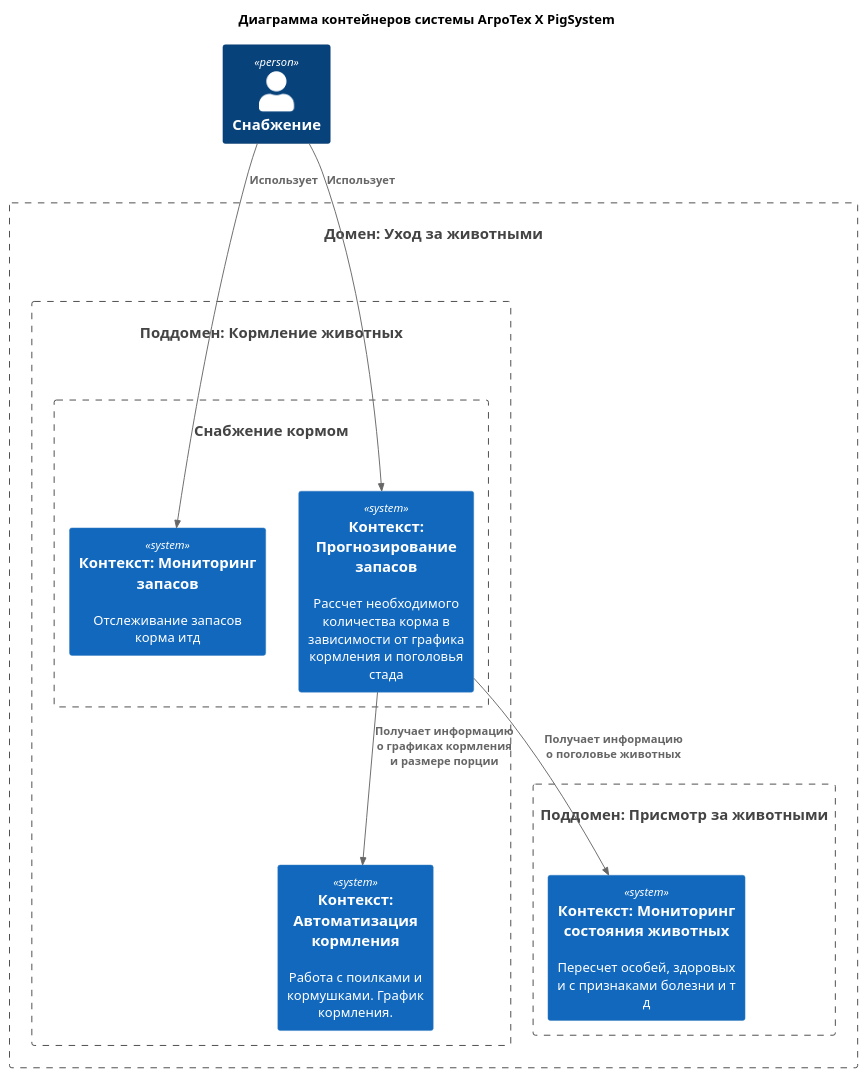
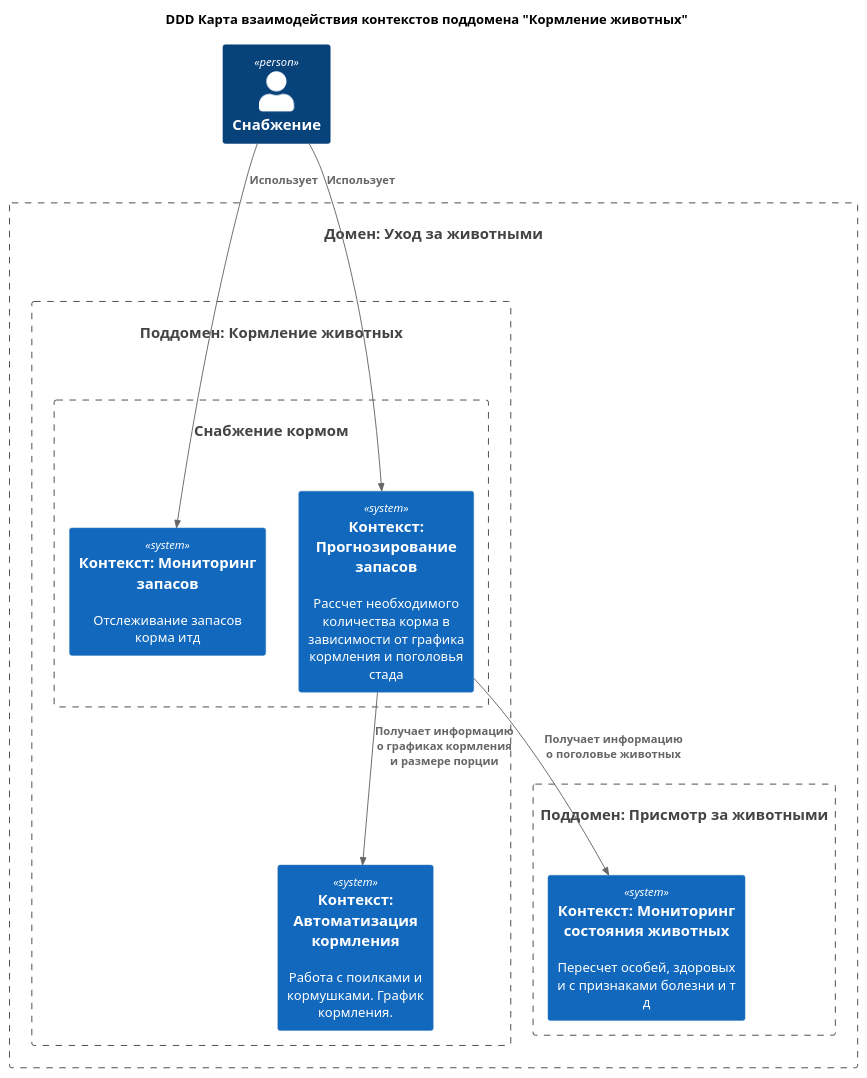
One commit to ane-ta/ms-agrotech changed the diagram in Task2/DDD-main-Context map-FeedingSupply.puml. Above: the diagram before and after it, drawn with PlantUML. The commit also changed 1 other file, not shown here.

Commit message:
docs: C2Main DDD context maps cleaned

```diff
--- a/Task2/DDD-main-Context map-FeedingSupply.puml
+++ b/Task2/DDD-main-Context map-FeedingSupply.puml
@@ -1,35 +1,35 @@
 @startuml
-title Диаграмма контейнеров системы АгроТех Х PigSystem
+title DDD Карта взаимодействия контекстов поддомена "Кормление животных"
 
 !includeurl https://raw.githubusercontent.com/RicardoNiepel/C4-PlantUML/master/C4_Component.puml
 
     Person(userEngineer, "Снабжение")
 
     System(dPigs, "Домен: Уход за животными", " ")
     System_Boundary(dPigs, ""){ 
 
         System(dPigState, "Поддомен: Присмотр за животными", " ")
         System_Boundary(dPigState, ""){ 
             System( sysPigsState, "Контекст: Мониторинг состояния животных", "Пересчет особей, здоровых и с признаками болезни и т д")
         }
 
         System(dPigFeeding, "Поддомен: Кормление животных", " ")
         System_Boundary(dPigFeeding, ""){ 
             System( sysFeedingEquipment, "Контекст: Автоматизация кормления", "Работа с поилками и кормушками. График кормления.")    
             
             System(dPigFeedingSupply, "Снабжение кормом", " ")
             System_Boundary(dPigFeedingSupply, ""){ 
                 System( sysFeedingResources, "Контекст: Мониторинг запасов", "Отслеживание запасов корма итд")    
                 System( sysFeedingForecast, "Контекст: Прогнозирование запасов", "Рассчет необходимого количества корма в зависимости от графика кормления и поголовья стада")    
             
             }        
         }
     }
 
     Rel(sysFeedingForecast, sysFeedingEquipment,"Получает информацию о графиках кормления и размере порции")
     Rel(sysFeedingForecast, sysPigsState,"Получает информацию о поголовье животных")
 
     Rel(userEngineer, sysFeedingForecast,"Использует")
     Rel(userEngineer, sysFeedingResources,"Использует")
 
 @enduml
```
